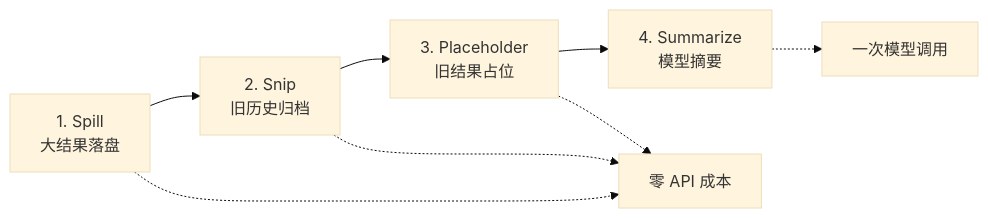
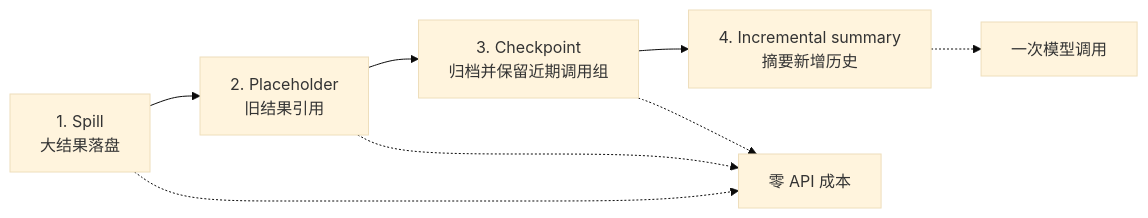
Before and after one commit to still0123/agentloop: the third of 3 diagrams in README.md, drawn with Mermaid (base theme). The commit also changed other lines of this file and 16 other files, not shown here.

````diff
--- a/README.md
+++ b/README.md
@@ -228,11 +227,11 @@
 ```mermaid
 flowchart LR
-    S1["1. Spill<br/>大结果落盘"] --> S2["2. Snip<br/>旧历史归档"]
-    S2 --> S3["3. Placeholder<br/>旧结果占位"]
-    S3 --> S4["4. Summarize<br/>模型摘要"]
+    S1["1. Spill<br/>大结果落盘"] --> S2["2. Placeholder<br/>旧结果引用"]
+    S2 --> S3["3. Checkpoint<br/>归档并保留近期调用组"]
+    S3 --> S4["4. Incremental summary<br/>摘要新增历史"]
 
     S1 -.-> O1["零 API 成本"]
     S2 -.-> O1
     S3 -.-> O1
     S4 -.-> O2["一次模型调用"]
 ```
````
